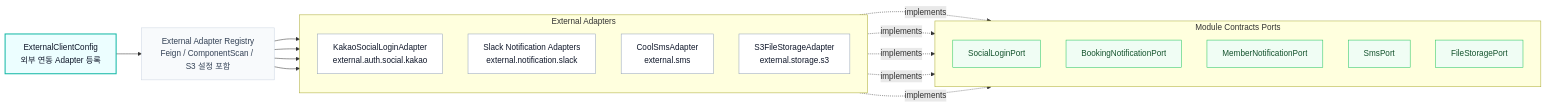
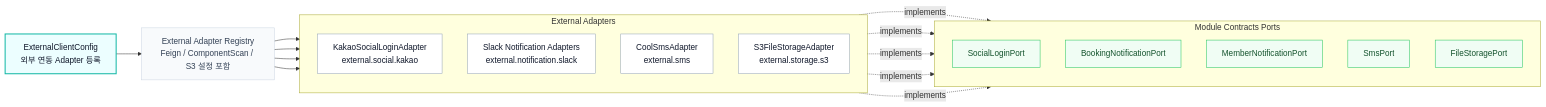
Before and after one commit to TEAM-BEAT/BEAT-SERVER: the fourth of 14 diagrams in infra/README.md, drawn with Mermaid. The commit also changed other lines of this file and 10 other files, not shown here.

````diff
--- a/infra/README.md
+++ b/infra/README.md
@@ -223,40 +223,40 @@
 ```mermaid
 flowchart LR
     Config["ExternalClientConfig<br/>외부 연동 Adapter 등록"]:::config
     Registry["External Adapter Registry<br/>Feign / ComponentScan / S3 설정 포함"]:::hub
 
     Config --> Registry
 
     subgraph ADAPTERS["External Adapters"]
         direction TB
-        Kakao["KakaoSocialLoginAdapter<br/>external.auth.social.kakao"]:::adapter
+        Kakao["KakaoSocialLoginAdapter<br/>external.social.kakao"]:::adapter
         Slack["Slack Notification Adapters<br/>external.notification.slack"]:::adapter
         Sms["CoolSmsAdapter<br/>external.sms"]:::adapter
         S3["S3FileStorageAdapter<br/>external.storage.s3"]:::adapter
     end
 
     subgraph PORTS["Module Contracts Ports"]
         direction TB
         SocialPort["SocialLoginPort"]:::port
         BookingPort["BookingNotificationPort"]:::port
         MemberPort["MemberNotificationPort"]:::port
         SmsPort["SmsPort"]:::port
         FileStoragePort["FileStoragePort"]:::port
     end
 
     Registry --> Kakao
     Registry --> Slack
     Registry --> Sms
     Registry --> S3
 
     Kakao -. implements .-> SocialPort
     Slack -. implements .-> BookingPort
     Slack -. implements .-> MemberPort
     Sms -. implements .-> SmsPort
     S3 -. implements .-> FileStoragePort
 
     classDef config fill:#ECFEFF,stroke:#14B8A6,stroke-width:2px,color:#0F172A
     classDef hub fill:#F8FAFC,stroke:#CBD5E1,stroke-width:1px,color:#334155
     classDef adapter fill:#FFFFFF,stroke:#94A3B8,stroke-width:1px,color:#0F172A
     classDef port fill:#F0FDF4,stroke:#22C55E,stroke-width:1px,color:#14532D
 ```
````
